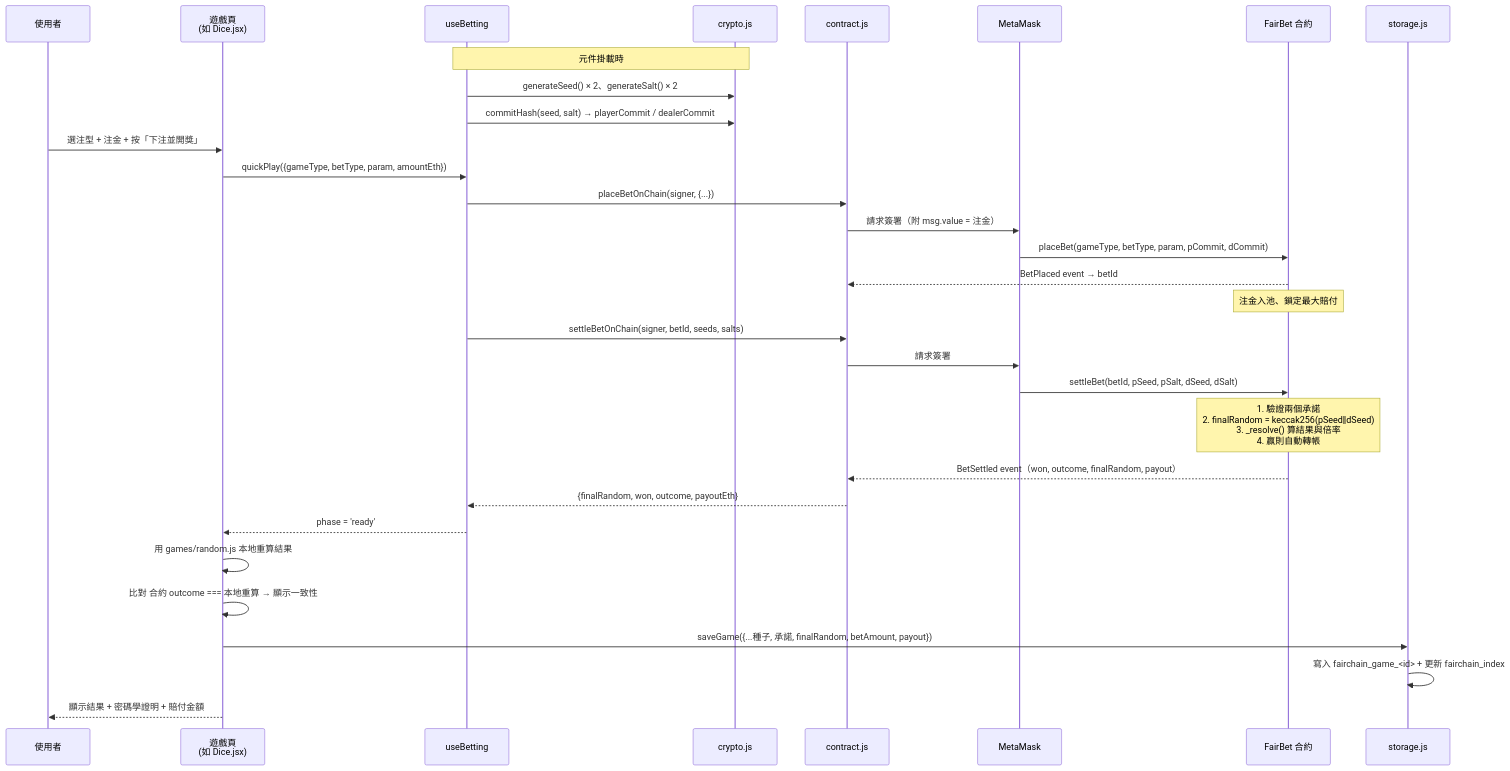
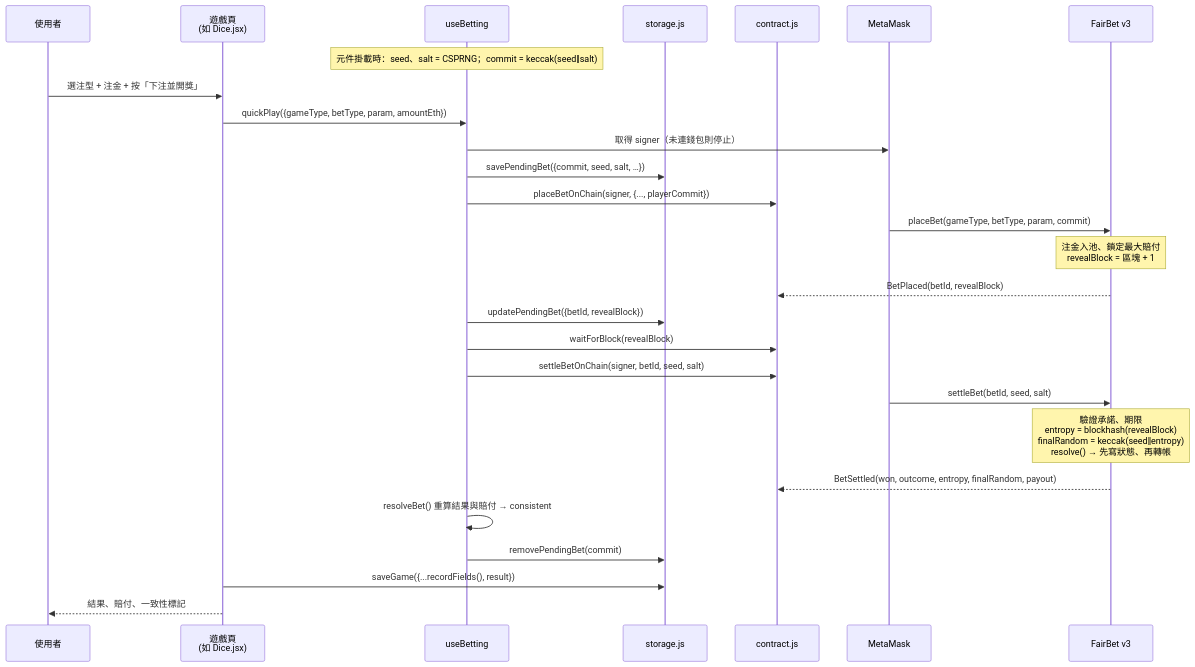
Before and after one commit to chien0701/Blockchain-Game: the third of 4 diagrams in docs/ARCHITECTURE.md, drawn with Mermaid. The commit also changed other lines of this file and 49 other files, not shown here.

````diff
--- a/docs/ARCHITECTURE.md
+++ b/docs/ARCHITECTURE.md
@@ -107,38 +110,30 @@
 ```mermaid
 sequenceDiagram
     participant U as 使用者
     participant P as 遊戲頁<br/>(如 Dice.jsx)
     participant H as useBetting
-    participant C as crypto.js
+    participant S as storage.js
     participant CT as contract.js
     participant MM as MetaMask
-    participant FB as FairBet 合約
-    participant S as storage.js
+    participant FB as FairBet v3
 
-    Note over H,C: 元件掛載時
-    H->>C: generateSeed() × 2、generateSalt() × 2
-    H->>C: commitHash(seed, salt) → playerCommit / dealerCommit
-
+    Note over H: 元件掛載時：seed、salt = CSPRNG；commit = keccak(seed‖salt)
     U->>P: 選注型 + 注金 + 按「下注並開獎」
     P->>H: quickPlay({gameType, betType, param, amountEth})
-
-    H->>CT: placeBetOnChain(signer, {...})
-    CT->>MM: 請求簽署（附 msg.value = 注金）
-    MM->>FB: placeBet(gameType, betType, param, pCommit, dCommit)
-    FB-->>CT: BetPlaced event → betId
-    Note over FB: 注金入池、鎖定最大賠付
-
-    H->>CT: settleBetOnChain(signer, betId, seeds, salts)
-    CT->>MM: 請求簽署
-    MM->>FB: settleBet(betId, pSeed, pSalt, dSeed, dSalt)
-    Note over FB: 1. 驗證兩個承諾<br/>2. finalRandom = keccak256(pSeed‖dSeed)<br/>3. _resolve() 算結果與倍率<br/>4. 贏則自動轉帳
-    FB-->>CT: BetSettled event（won, outcome, finalRandom, payout）
-
-    CT-->>H: {finalRandom, won, outcome, payoutEth}
-    H-->>P: phase = 'ready'
-    P->>P: 用 games/random.js 本地重算結果
-    P->>P: 比對 合約 outcome === 本地重算 → 顯示一致性
-    P->>S: saveGame({...種子, 承諾, finalRandom, betAmount, payout})
-    S->>S: 寫入 fairchain_game_<id> + 更新 fairchain_index
-    P-->>U: 顯示結果 + 密碼學證明 + 賠付金額
+    H->>MM: 取得 signer（未連錢包則停止）
+    H->>S: savePendingBet({commit, seed, salt, …})
+    H->>CT: placeBetOnChain(signer, {..., playerCommit})
+    MM->>FB: placeBet(gameType, betType, param, commit)
+    Note over FB: 注金入池、鎖定最大賠付<br/>revealBlock = 區塊 + 1
+    FB-->>CT: BetPlaced(betId, revealBlock)
+    H->>S: updatePendingBet({betId, revealBlock})
+    H->>CT: waitForBlock(revealBlock)
+    H->>CT: settleBetOnChain(signer, betId, seed, salt)
+    MM->>FB: settleBet(betId, seed, salt)
+    Note over FB: 驗證承諾、期限<br/>entropy = blockhash(revealBlock)<br/>finalRandom = keccak(seed‖entropy)<br/>resolve() → 先寫狀態、再轉帳
+    FB-->>CT: BetSettled(won, outcome, entropy, finalRandom, payout)
+    H->>H: resolveBet() 重算結果與賠付 → consistent
+    H->>S: removePendingBet(commit)
+    P->>S: saveGame({...recordFields(), result})
+    P-->>U: 結果、賠付、一致性標記
 ```
````
